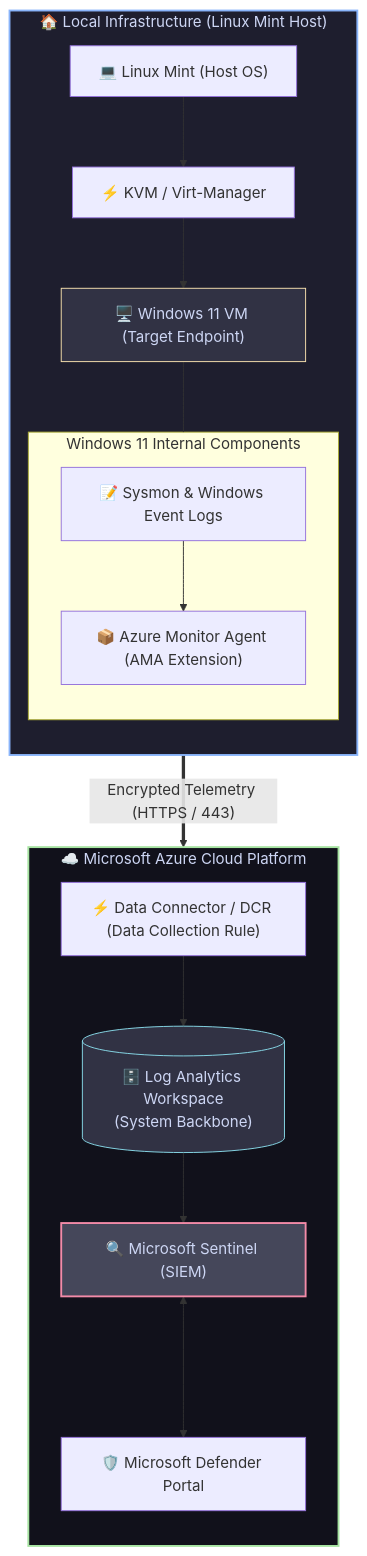
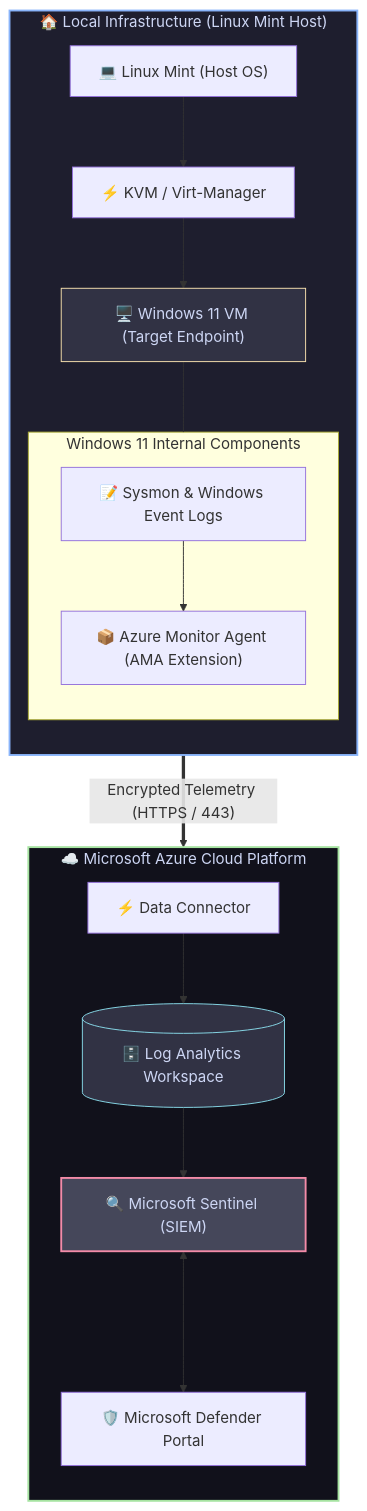
Before and after one commit to Middaco/SOC-lab: the diagram in README.md, drawn with Mermaid. The commit also changed other lines of this file, not shown here.

````diff
--- a/README.md
+++ b/README.md
@@ -2,36 +12,36 @@
 ```mermaid
 flowchart TD
     subgraph LOCAL["🏠 Local Infrastructure (Linux Mint Host)"]
         direction TB
         HOST["💻 Linux Mint (Host OS)"] --> HYPER["⚡ KVM / Virt-Manager"]
         HYPER --> WIN11["🖥️ Windows 11 VM (Target Endpoint)"]
         
         subgraph VM_INSIDE["Windows 11 Internal Components"]
             LOGS["📝 Sysmon & Windows Event Logs"]
             AMA["📦 Azure Monitor Agent (AMA Extension)"]
             LOGS --> AMA
         end
         
         WIN11 --- VM_INSIDE
     end
 
     subgraph CLOUD["☁️ Microsoft Azure Cloud Platform"]
         direction TB
-        DC["⚡ Data Connector / DCR (Data Collection Rule)"]
-        LAW[("🗄️ Log Analytics Workspace\n(System Backbone)")]
+        DC["⚡ Data Connector"]
+        LAW[("🗄️ Log Analytics Workspace")]
         DEFENDER["🛡️ Microsoft Defender Portal"]
         SENTINEL["🔍 Microsoft Sentinel (SIEM)"]
 
         DC --> LAW
         LAW --> SENTINEL
         SENTINEL <---> DEFENDER
     end
 
     AMA == "Encrypted Telemetry (HTTPS / 443)" ==> DC
 
     style LOCAL fill:#1e1e2e,stroke:#89b4fa,stroke-width:2px,color:#cdd6f4
     style CLOUD fill:#11111b,stroke:#a6e3a1,stroke-width:2px,color:#cdd6f4
     style WIN11 fill:#313244,stroke:#f9e2af,stroke-width:1px,color:#cdd6f4
     style SENTINEL fill:#45475a,stroke:#f38ba8,stroke-width:2px,color:#cdd6f4
     style LAW fill:#313244,stroke:#89dceb,stroke-width:1px,color:#cdd6f4
 ```
````
